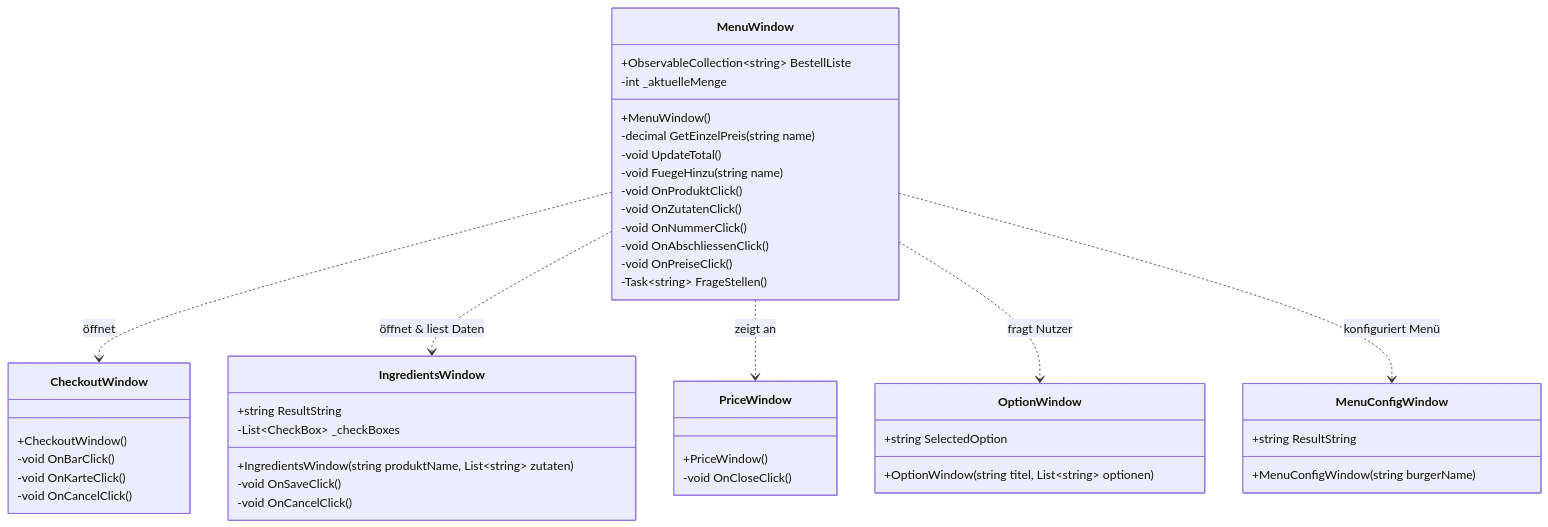
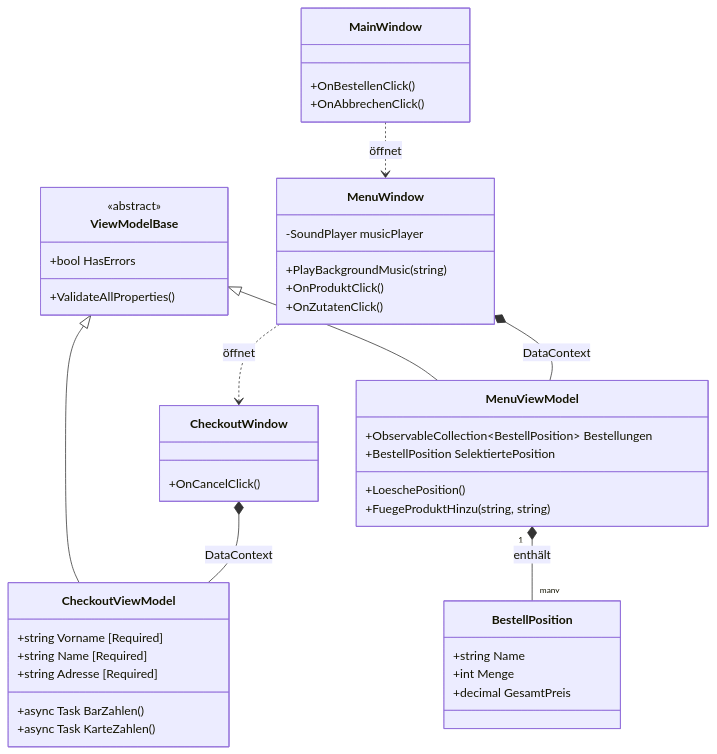
Before and after one commit to denisaandreea-a/McDenisaKasse: the diagram in McDenisaKasse/Diagramm.mmd, drawn with Mermaid. The commit also changed 1 other file, not shown here.

Commit message:
Diagramm (update)

```diff
--- a/McDenisaKasse/Diagramm.mmd
+++ b/McDenisaKasse/Diagramm.mmd
@@ -1,57 +1,54 @@
 classDiagram
-    %% Hauptfenster (Die Zentrale)
-    class MenuWindow {
-        +ObservableCollection~string~ BestellListe
-        -int _aktuelleMenge
-        +MenuWindow()
-        -decimal GetEinzelPreis(string name)
-        -void UpdateTotal()
-        -void FuegeHinzu(string name)
-        -void OnProduktClick()
-        -void OnZutatenClick()
-        -void OnNummerClick()
-        -void OnAbschliessenClick()
-        -void OnPreiseClick()
-        -Task~string~ FrageStellen()
+    class ViewModelBase {
+        <<abstract>>
+        +ValidateAllProperties()
+        +bool HasErrors
     }
 
-    %% Checkout (Bezahlen)
-    class CheckoutWindow {
-        +CheckoutWindow()
-        -void OnBarClick()
-        -void OnKarteClick()
-        -void OnCancelClick()
+    class MainWindow {
+        +OnBestellenClick()
+        +OnAbbrechenClick()
     }
 
-    %% Zutaten (Küche)
-    class IngredientsWindow {
-        +string ResultString
-        -List~CheckBox~ _checkBoxes
-        +IngredientsWindow(string produktName, List~string~ zutaten)
-        -void OnSaveClick()
-        -void OnCancelClick()
+    class MenuWindow {
+        -SoundPlayer musicPlayer
+        +PlayBackgroundMusic(string)
+        +OnProduktClick()
+        +OnZutatenClick()
     }
 
-    %% Preisliste (Info)
-    class PriceWindow {
-        +PriceWindow()
-        -void OnCloseClick()
+    class CheckoutWindow {
+        +OnCancelClick()
     }
 
-    %% Popup Helper (Fragen)
-    class OptionWindow {
-        +string SelectedOption
-        +OptionWindow(string titel, List~string~ optionen)
+    class MenuViewModel {
+        +ObservableCollection~BestellPosition~ Bestellungen
+        +BestellPosition SelektiertePosition
+        +LoeschePosition()
+        +FuegeProduktHinzu(string, string)
     }
 
-    class MenuConfigWindow {
-        +string ResultString
-        +MenuConfigWindow(string burgerName)
+    class CheckoutViewModel {
+        +string Vorname [Required]
+        +string Name [Required]
+        +string Adresse [Required]
+        +async Task BarZahlen()
+        +async Task KarteZahlen()
     }
 
-    %% Beziehungen (Wer ruft wen auf?)
+    class BestellPosition {
+        +string Name
+        +int Menge
+        +decimal GesamtPreis
+    }
+
+%% Vererbungen zeigen (Wichtig für Kriterium Objektorientierung)
+    ViewModelBase <|-- MenuViewModel
+    ViewModelBase <|-- CheckoutViewModel
+
+%% Beziehungen
+    MainWindow ..> MenuWindow : öffnet
     MenuWindow ..> CheckoutWindow : öffnet
-    MenuWindow ..> IngredientsWindow : öffnet & liest Daten
-    MenuWindow ..> PriceWindow : zeigt an
-    MenuWindow ..> OptionWindow : fragt Nutzer
-    MenuWindow ..> MenuConfigWindow : konfiguriert Menü
+    MenuWindow *-- MenuViewModel : DataContext
+    CheckoutWindow *-- CheckoutViewModel : DataContext
+    MenuViewModel "1" *-- "many" BestellPosition : enthält
```
